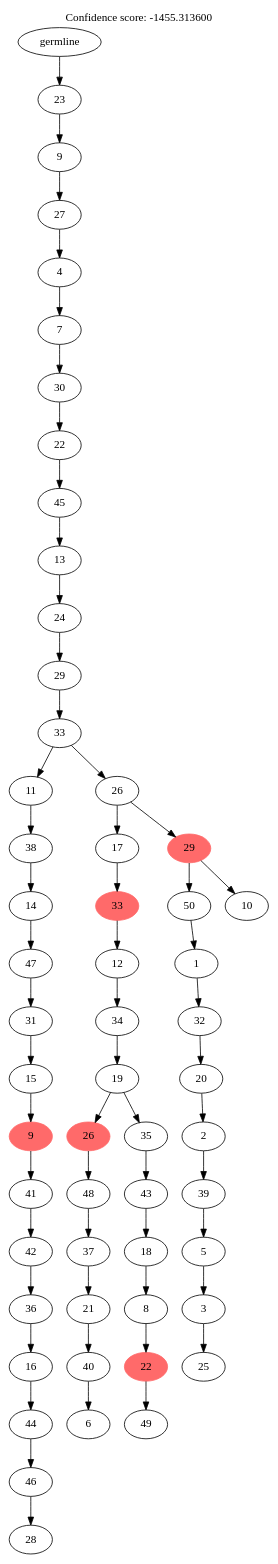
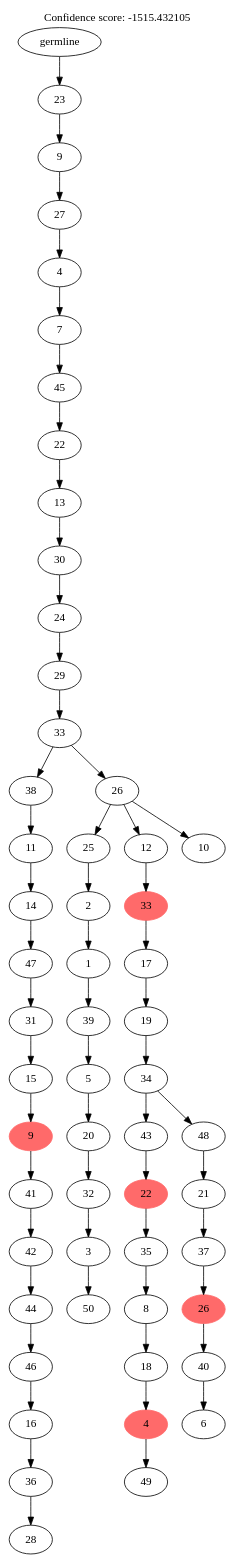
Before and after one commit to sciccolella/reSASC_supplements: the diagram in data/exp4/sim_38_scs.sasc.mlt.gv, drawn with Graphviz. The commit also changed 659 other files, not shown here.

```diff
--- a/data/exp4/sim_38_scs.sasc.mlt.gv
+++ b/data/exp4/sim_38_scs.sasc.mlt.gv
@@ -1,115 +1,115 @@
 digraph g {
 	"54" -> "55";
 	"55" [label="28"];
 	"53" -> "54";
-	"54" [label="46"];
+	"54" [label="36"];
 	"52" -> "53";
-	"53" [label="44"];
+	"53" [label="16"];
 	"51" -> "52";
-	"52" [label="16"];
+	"52" [label="46"];
 	"50" -> "51";
-	"51" [label="36"];
+	"51" [label="44"];
 	"49" -> "50";
 	"50" [label="42"];
 	"48" -> "49";
 	"49" [label="41"];
 	"47" -> "48";
 	"48" [color=indianred1, style=filled, label="9"];
 	"46" -> "47";
 	"47" [label="15"];
 	"45" -> "46";
 	"46" [label="31"];
 	"44" -> "45";
 	"45" [label="47"];
 	"43" -> "44";
 	"44" [label="14"];
 	"42" -> "43";
-	"43" [label="38"];
+	"43" [label="11"];
 	"40" -> "41";
-	"41" [label="6"];
+	"41" [label="50"];
 	"39" -> "40";
-	"40" [label="40"];
+	"40" [label="3"];
 	"38" -> "39";
-	"39" [label="21"];
+	"39" [label="32"];
 	"37" -> "38";
-	"38" [label="37"];
+	"38" [label="20"];
 	"36" -> "37";
-	"37" [label="48"];
+	"37" [label="5"];
+	"35" -> "36";
+	"36" [label="39"];
 	"34" -> "35";
-	"35" [label="49"];
+	"35" [label="1"];
 	"33" -> "34";
-	"34" [color=indianred1, style=filled, label="22"];
-	"32" -> "33";
-	"33" [label="8"];
-	"31" -> "32";
-	"32" [label="18"];
+	"34" [label="2"];
 	"30" -> "31";
-	"31" [label="43"];
+	"31" [label="49"];
 	"29" -> "30";
-	"30" [label="35"];
-	"29" -> "36";
-	"36" [color=indianred1, style=filled, label="26"];
+	"30" [color=indianred1, style=filled, label="4"];
 	"28" -> "29";
-	"29" [label="19"];
+	"29" [label="18"];
 	"27" -> "28";
-	"28" [label="34"];
+	"28" [label="8"];
 	"26" -> "27";
-	"27" [label="12"];
+	"27" [label="35"];
 	"25" -> "26";
-	"26" [color=indianred1, style=filled, label="33"];
+	"26" [color=indianred1, style=filled, label="22"];
+	"23" -> "24";
+	"24" [label="6"];
 	"22" -> "23";
-	"23" [label="25"];
+	"23" [label="40"];
 	"21" -> "22";
-	"22" [label="3"];
+	"22" [color=indianred1, style=filled, label="26"];
 	"20" -> "21";
-	"21" [label="5"];
+	"21" [label="37"];
 	"19" -> "20";
-	"20" [label="39"];
+	"20" [label="21"];
 	"18" -> "19";
-	"19" [label="2"];
+	"19" [label="48"];
+	"18" -> "25";
+	"25" [label="43"];
 	"17" -> "18";
-	"18" [label="20"];
+	"18" [label="34"];
 	"16" -> "17";
-	"17" [label="32"];
+	"17" [label="19"];
 	"15" -> "16";
-	"16" [label="1"];
+	"16" [label="17"];
 	"14" -> "15";
-	"15" [label="50"];
-	"14" -> "24";
-	"24" [label="10"];
+	"15" [color=indianred1, style=filled, label="33"];
 	"13" -> "14";
-	"14" [color=indianred1, style=filled, label="29"];
-	"13" -> "25";
-	"25" [label="17"];
+	"14" [label="12"];
+	"13" -> "32";
+	"32" [label="10"];
+	"13" -> "33";
+	"33" [label="25"];
 	"12" -> "13";
 	"13" [label="26"];
 	"12" -> "42";
-	"42" [label="11"];
+	"42" [label="38"];
 	"11" -> "12";
 	"12" [label="33"];
 	"10" -> "11";
 	"11" [label="29"];
 	"9" -> "10";
 	"10" [label="24"];
 	"8" -> "9";
-	"9" [label="13"];
+	"9" [label="30"];
 	"7" -> "8";
-	"8" [label="45"];
+	"8" [label="13"];
 	"6" -> "7";
 	"7" [label="22"];
 	"5" -> "6";
-	"6" [label="30"];
+	"6" [label="45"];
 	"4" -> "5";
 	"5" [label="7"];
 	"3" -> "4";
 	"4" [label="4"];
 	"2" -> "3";
 	"3" [label="27"];
 	"1" -> "2";
 	"2" [label="9"];
 	"0" -> "1";
 	"1" [label="23"];
 	"0" [label="germline"];
 	labelloc="t";
-	label="Confidence score: -1455.313600";
+	label="Confidence score: -1515.432105";
 }
```
